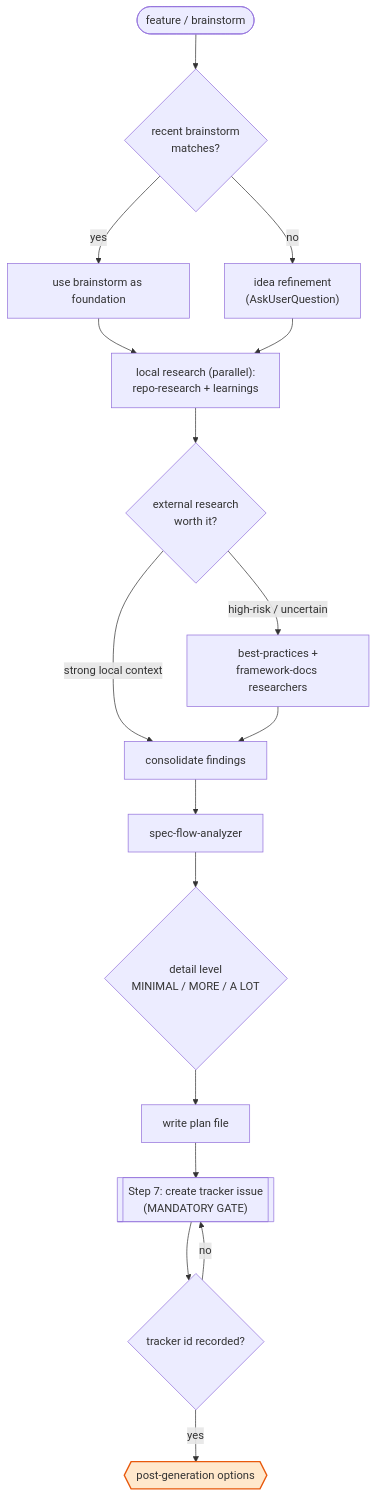
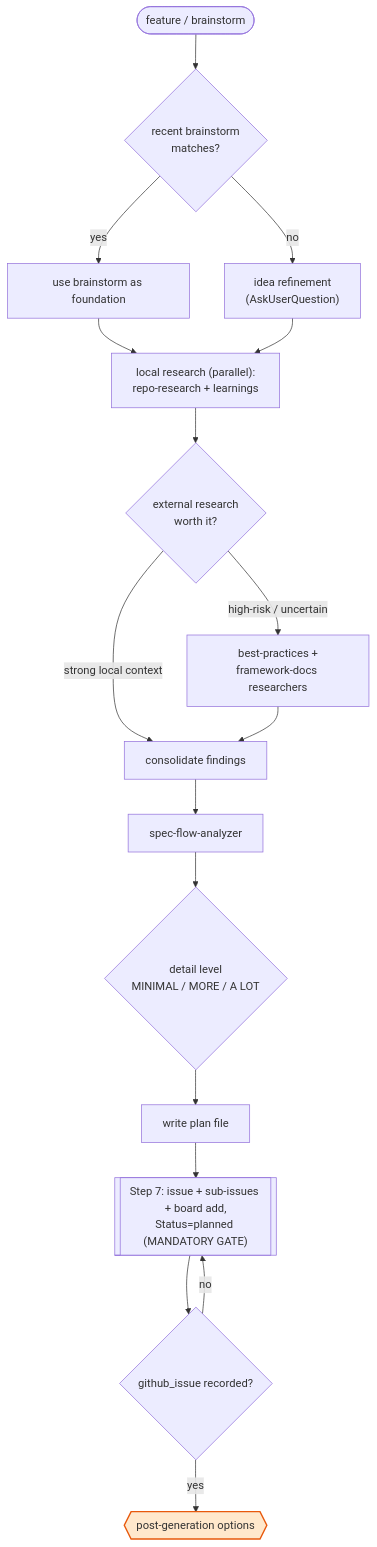
One commit to Life-With-Data/agentic-engineering changed the fifth of 11 diagrams in plugins/agentic-engineering/FLOWS.md. Above: the diagram before and after it, drawn with Mermaid. The commit also changed other lines of this file and 51 other files, not shown here.

````diff
--- a/plugins/agentic-engineering/FLOWS.md
+++ b/plugins/agentic-engineering/FLOWS.md
@@ -108,22 +177,22 @@
 ```mermaid
 flowchart TD
     start([feature / brainstorm]) --> bs{"recent brainstorm<br/>matches?"}
     bs -->|yes| usebs["use brainstorm as foundation"]
     bs -->|no| refine["idea refinement<br/>(AskUserQuestion)"]
     usebs --> research["local research (parallel):<br/>repo-research + learnings"]
     refine --> research
     research --> decide{"external research<br/>worth it?"}
     decide -->|"high-risk / uncertain"| ext["best-practices +<br/>framework-docs researchers"]
     decide -->|"strong local context"| consolidate["consolidate findings"]
     ext --> consolidate
     consolidate --> specflow["spec-flow-analyzer"]
     specflow --> detail{"detail level<br/>MINIMAL / MORE / A LOT"}
     detail --> writefile["write plan file"]
-    writefile --> tracker[["Step 7: create tracker issue<br/>(MANDATORY GATE)"]]
-    tracker --> guard{"tracker id recorded?"}
+    writefile --> tracker[["Step 7: issue + sub-issues + board add,<br/>Status=planned (MANDATORY GATE)"]]
+    tracker --> guard{"github_issue recorded?"}
     guard -->|no| tracker
     guard -->|yes| opts{{"post-generation options"}}
 
     classDef gate fill:#ffe8cc,stroke:#e8590c,stroke-width:2px;
     class opts gate
 ```
````
